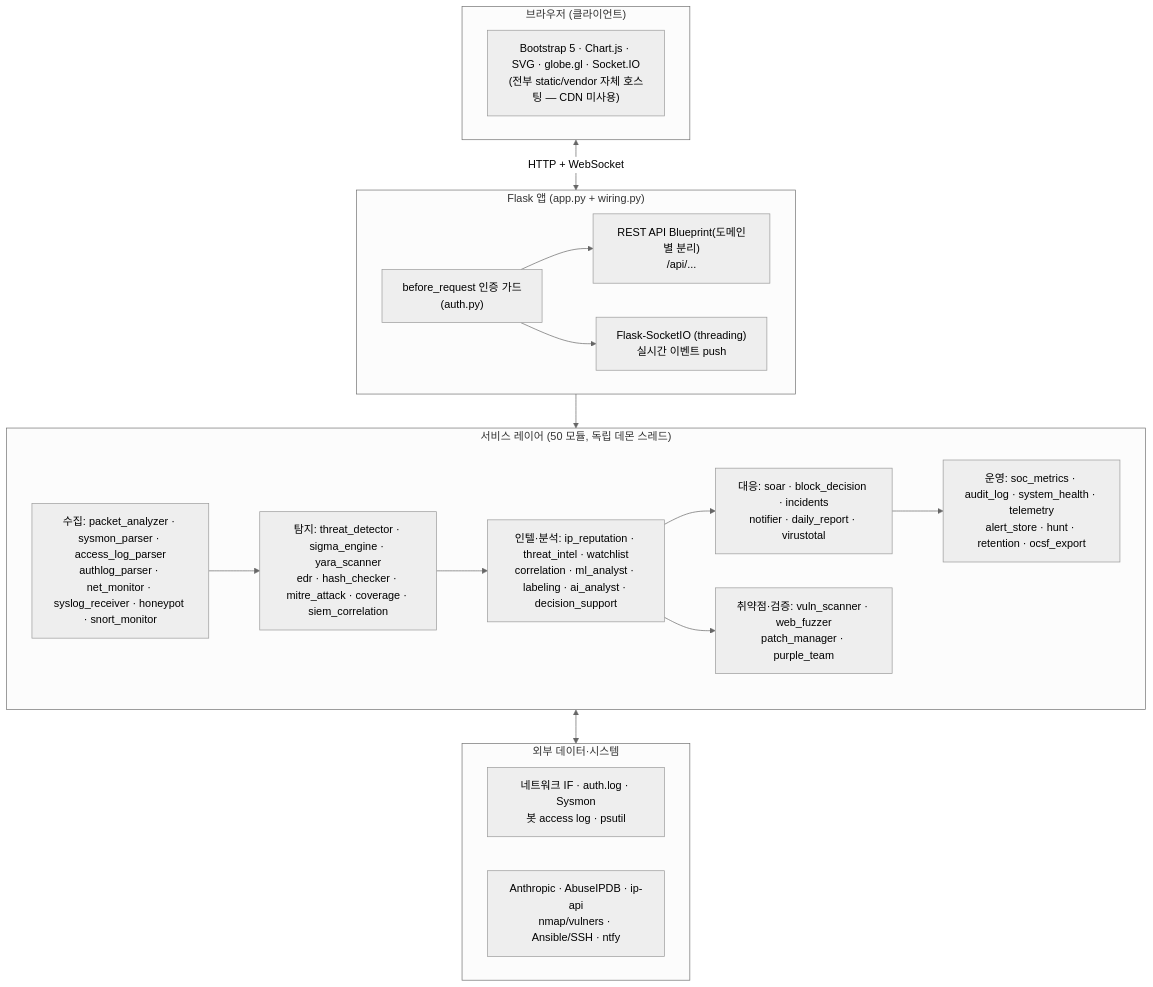
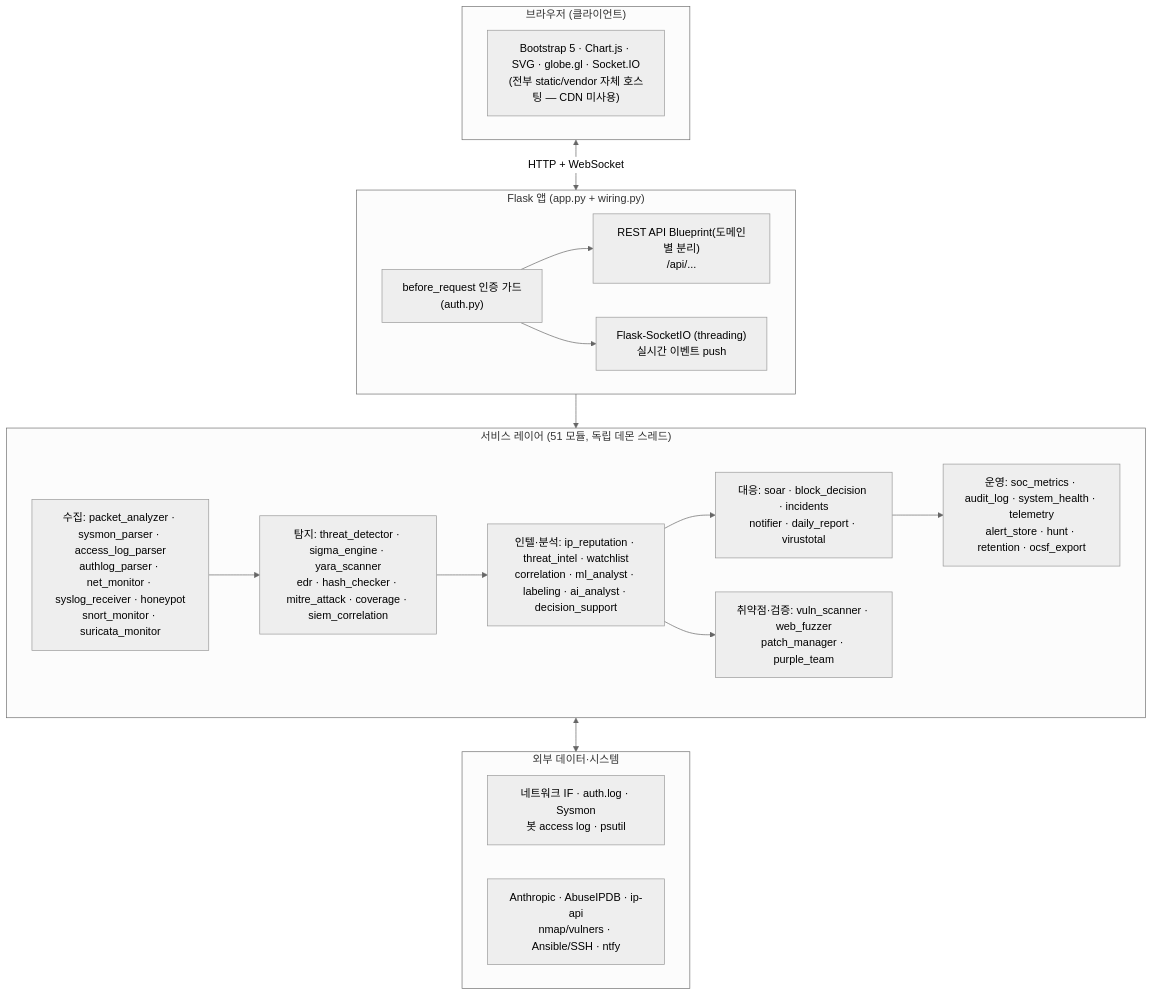
One commit to MintKangaroo/AI-SOC-DashBoard changed the first of 2 diagrams in docs/architecture.md. Above: the diagram before and after it, drawn with Mermaid (neutral theme). The commit also changed other lines of this file and 29 other files, not shown here.

````diff
--- a/docs/architecture.md
+++ b/docs/architecture.md
@@ -5,30 +5,30 @@
 ```mermaid
 flowchart TB
   subgraph Client["브라우저 (클라이언트)"]
     UI["Bootstrap 5 · Chart.js · SVG · globe.gl · Socket.IO<br/>(전부 static/vendor 자체 호스팅 — CDN 미사용)"]
   end
   subgraph Flask["Flask 앱 (app.py + wiring.py)"]
     API["REST API Blueprint(도메인별 분리)<br/>/api/..."]
     WS["Flask-SocketIO (threading)<br/>실시간 이벤트 push"]
     AUTH["before_request 인증 가드<br/>(auth.py)"]
   end
-  subgraph Services["서비스 레이어 (50 모듈, 독립 데몬 스레드)"]
-    COLLECT["수집: packet_analyzer · sysmon_parser · access_log_parser<br/>authlog_parser · net_monitor · syslog_receiver · honeypot · snort_monitor"]
+  subgraph Services["서비스 레이어 (51 모듈, 독립 데몬 스레드)"]
+    COLLECT["수집: packet_analyzer · sysmon_parser · access_log_parser<br/>authlog_parser · net_monitor · syslog_receiver · honeypot<br/>snort_monitor · suricata_monitor"]
     DETECT["탐지: threat_detector · sigma_engine · yara_scanner<br/>edr · hash_checker · mitre_attack · coverage · siem_correlation"]
     INTEL["인텔·분석: ip_reputation · threat_intel · watchlist<br/>correlation · ml_analyst · labeling · ai_analyst · decision_support"]
     RESPOND["대응: soar · block_decision · incidents<br/>notifier · daily_report · virustotal"]
     VULN["취약점·검증: vuln_scanner · web_fuzzer<br/>patch_manager · purple_team"]
     OPS["운영: soc_metrics · audit_log · system_health · telemetry<br/>alert_store · hunt · retention · ocsf_export"]
   end
   subgraph External["외부 데이터·시스템"]
     SRC["네트워크 IF · auth.log · Sysmon<br/>봇 access log · psutil"]
     APIS["Anthropic · AbuseIPDB · ip-api<br/>nmap/vulners · Ansible/SSH · ntfy"]
   end
   Client <-->|"HTTP + WebSocket"| Flask
   AUTH --> API & WS
   Flask --> Services
   COLLECT --> DETECT --> INTEL --> RESPOND
   INTEL --> VULN
   RESPOND --> OPS
   Services <--> External
 ```
````
